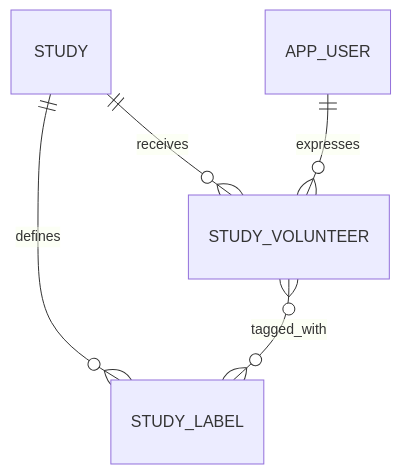
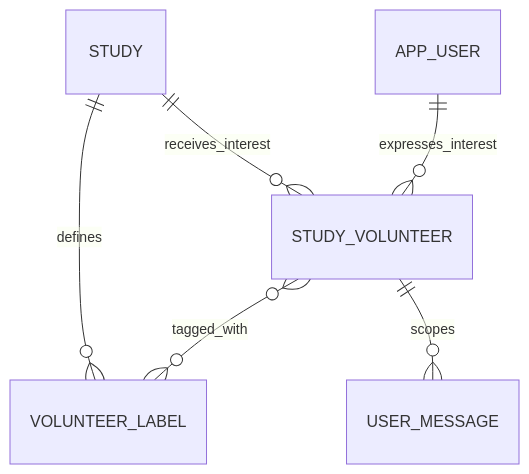
One commit to umich-michr/yhr-context changed the first of 3 diagrams in docs/07-data-model/recruitment-operations-model.md. Above: the diagram before and after it, drawn with Mermaid. The commit also changed other lines of this file and 6 other files, not shown here.

Commit message:
Document recruitment operational schema

````diff
--- a/docs/07-data-model/recruitment-operations-model.md
+++ b/docs/07-data-model/recruitment-operations-model.md
@@ -51,7 +19,8 @@
 ```mermaid
 erDiagram
-    STUDY ||--o{ STUDY_VOLUNTEER : receives
-    APP_USER ||--o{ STUDY_VOLUNTEER : expresses
-    STUDY ||--o{ STUDY_LABEL : defines
-    STUDY_VOLUNTEER }o--o{ STUDY_LABEL : tagged_with
+    APP_USER ||--o{ STUDY_VOLUNTEER : expresses_interest
+    STUDY ||--o{ STUDY_VOLUNTEER : receives_interest
+    STUDY_VOLUNTEER }o--o{ VOLUNTEER_LABEL : tagged_with
+    STUDY ||--o{ VOLUNTEER_LABEL : defines
+    STUDY_VOLUNTEER ||--o{ USER_MESSAGE : scopes
 ```
````
